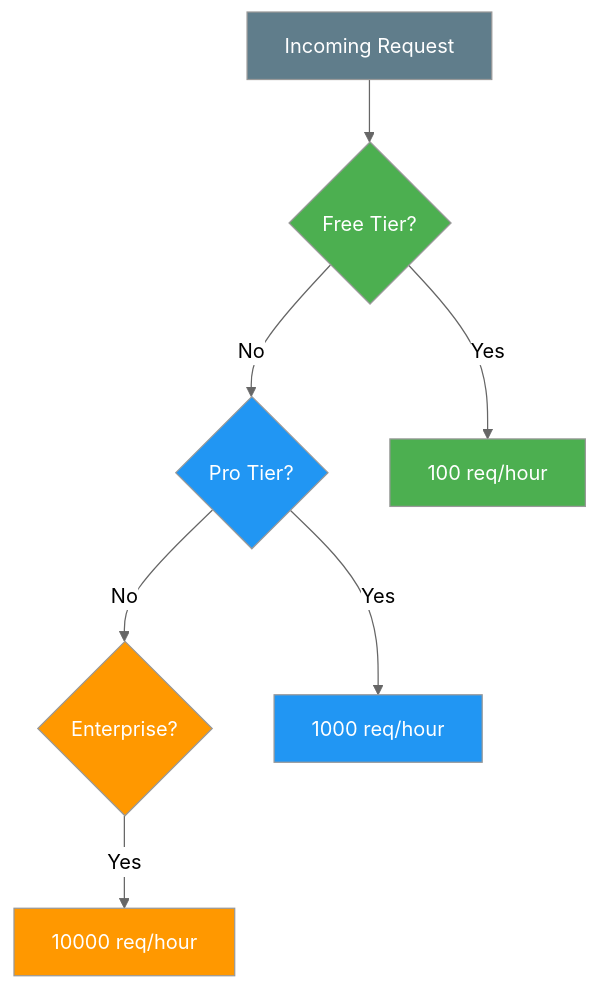
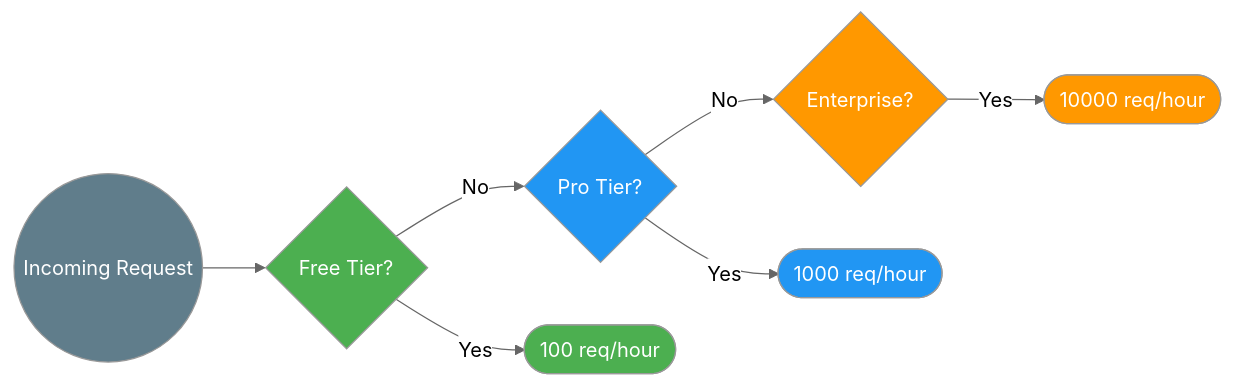
The eighth of 8 diagrams in docs/ratelimiting.md (saivamsikaruturi/vamsilabs-dev-notes-main), drawn with Mermaid (neutral theme) before and after one commit. The commit also changed other lines of this file and 146 other files, not shown here.

Commit message:
Horizontal diagrams, UML class diagrams, typography overhaul, and permalink cleanup

````diff
--- a/docs/ratelimiting.md
+++ b/docs/ratelimiting.md
@@ -442,18 +442,18 @@
 ```mermaid
-graph TD
+flowchart LR
     style A fill:#607D8B,color:#fff
     style B fill:#4CAF50,color:#fff
     style C fill:#2196F3,color:#fff
     style D fill:#FF9800,color:#fff
 
-    A[Incoming Request] --> B{Free Tier?}
-    B -->|Yes| F[100 req/hour]
-    B -->|No| C{Pro Tier?}
-    C -->|Yes| G[1000 req/hour]
-    C -->|No| D{Enterprise?}
-    D -->|Yes| H[10000 req/hour]
+    A(("Incoming Request")) --> B{"Free Tier?"}
+    B -->|Yes| F(["100 req/hour"])
+    B -->|No| C{"Pro Tier?"}
+    C -->|Yes| G(["1000 req/hour"])
+    C -->|No| D{"Enterprise?"}
+    D -->|Yes| H(["10000 req/hour"])
 
     style F fill:#4CAF50,color:#fff
     style G fill:#2196F3,color:#fff
     style H fill:#FF9800,color:#fff
 ```
````
